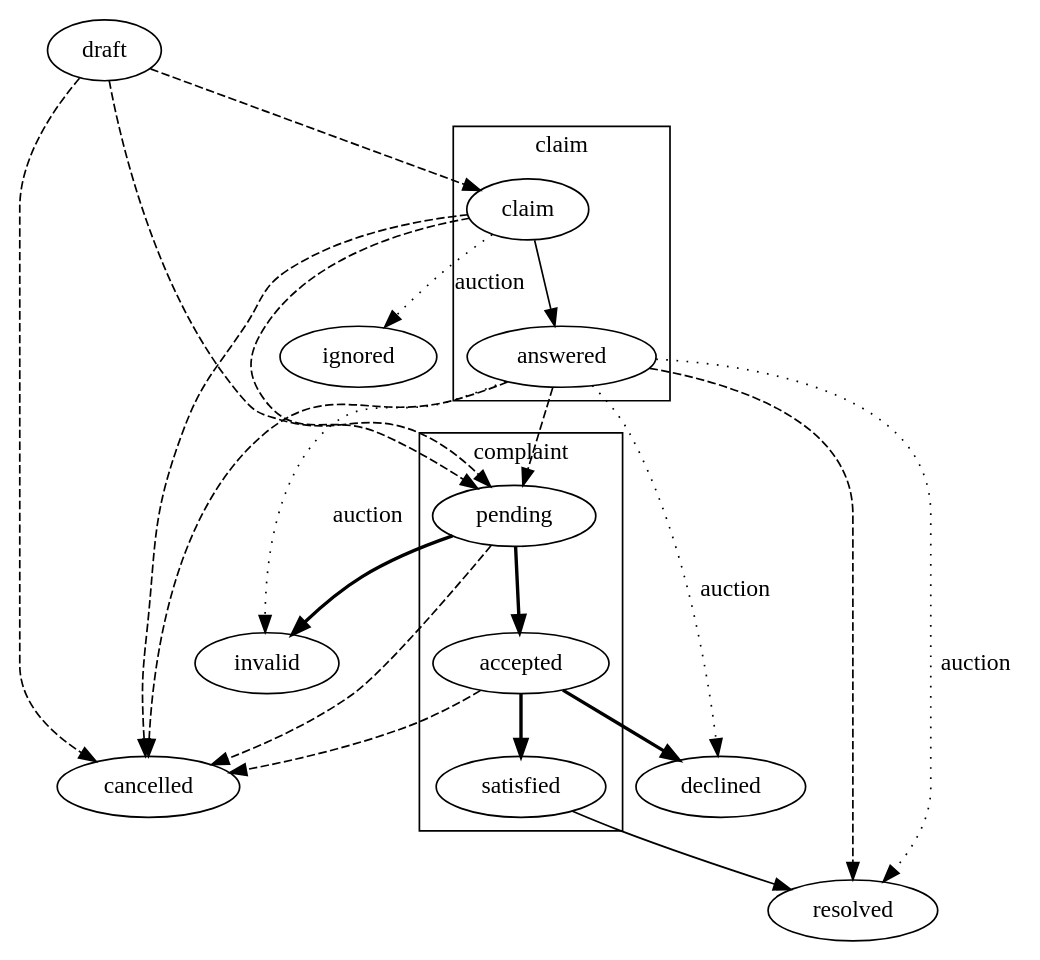
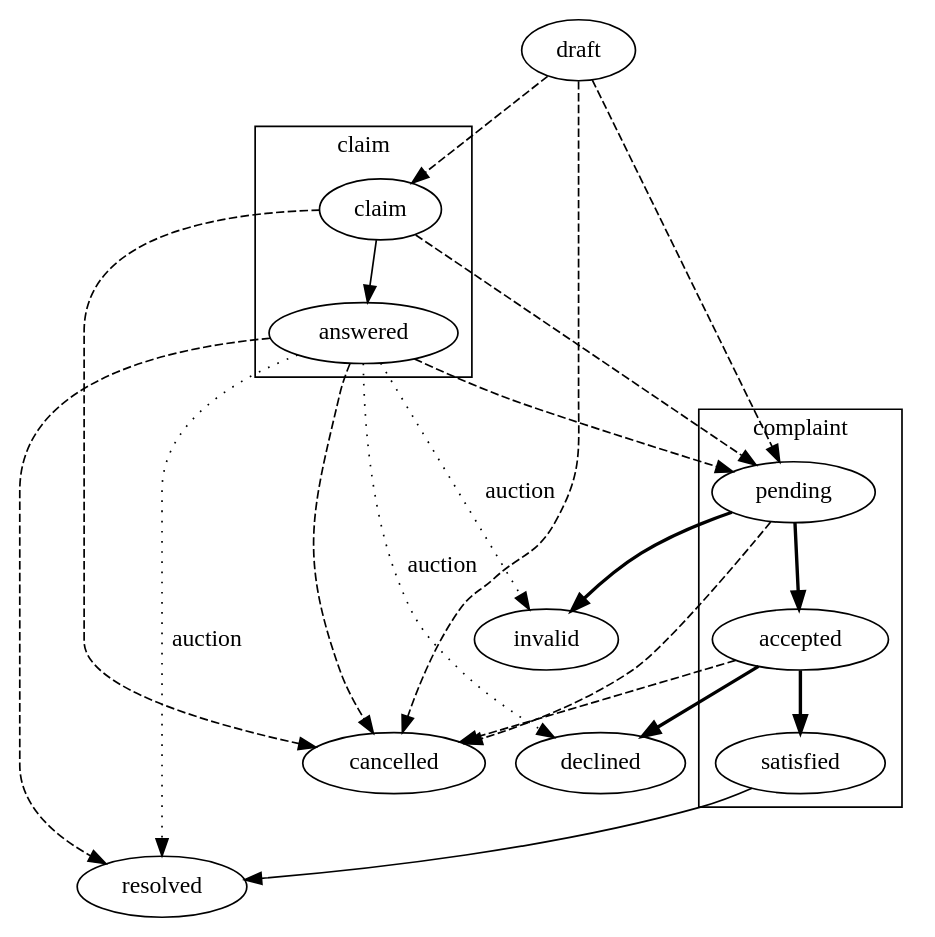
The first of 2 diagrams in docs/source/complaints.rst (ProzorroUKR/openprocurement.api), drawn with Graphviz before and after one commit. The commit also changed 5 other files, not shown here.

```diff
--- a/docs/source/complaints.rst
+++ b/docs/source/complaints.rst
@@ -18,25 +18,24 @@
 .. graphviz::
 
     digraph G {
         subgraph cluster_claim {
             label = "claim";
             claim; answered;
         }
         subgraph cluster_complaint {
             label = "complaint";
             pending; satisfied; accepted;
         }
         claim -> answered;
         satisfied -> resolved;
         edge[style=dashed];
         answered -> {pending,resolved};
         draft -> {claim,pending};
         claim -> pending;
         {accepted,draft,claim,answered,pending} -> cancelled; 
         edge[style=bold];
         pending -> {accepted,invalid};
         accepted -> {declined,satisfied};
         edge[label="auction" style=dotted];
-        claim -> ignored;
         answered -> {declined,resolved,invalid};
     }
```
